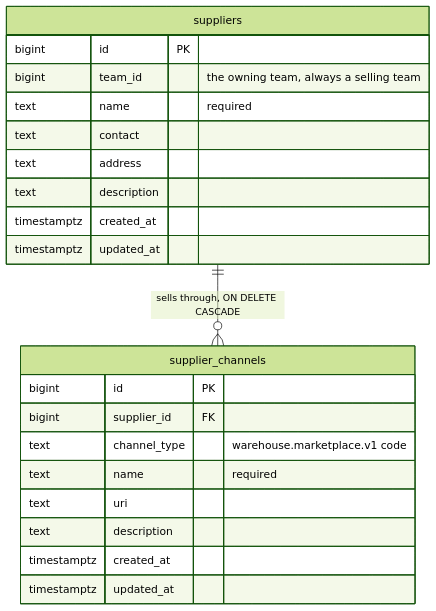
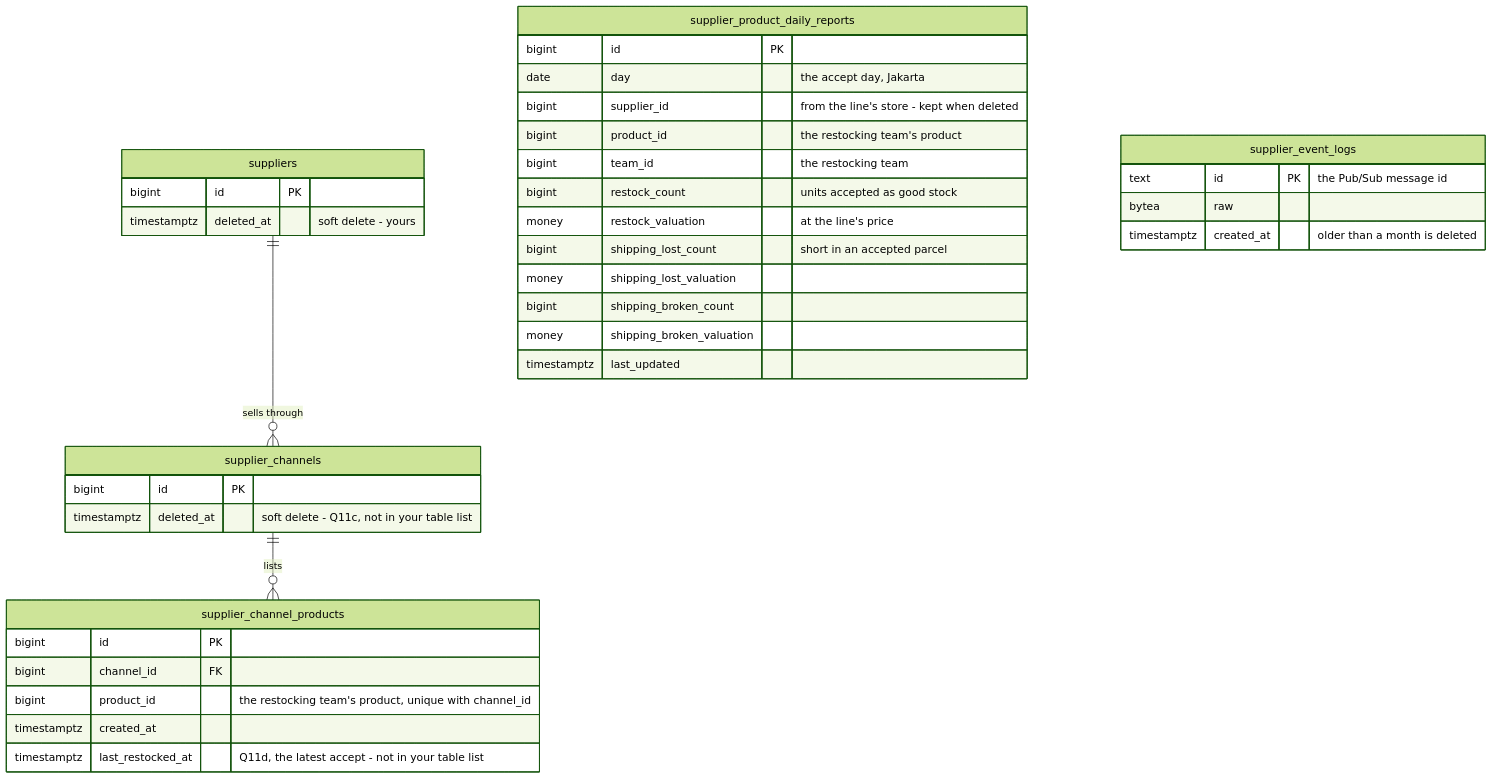
Before and after one commit to pdcgo/warehouse_revamp: the second of 9 diagrams in docs/business/supplier/context_clarify.md, drawn with Mermaid (forest theme). The commit also changed other lines of this file and 213 other files, not shown here.

````diff
--- a/docs/business/supplier/context_clarify.md
+++ b/docs/business/supplier/context_clarify.md
@@ -39,24 +126,39 @@
 ```mermaid
 erDiagram
-  suppliers ||--o{ supplier_channels : "sells through, ON DELETE CASCADE"
+  suppliers ||--o{ supplier_channels : "sells through"
+  supplier_channels ||--o{ supplier_channel_products : "lists"
   suppliers {
     bigint id PK
-    bigint team_id "the owning team, always a selling team"
-    text name "required"
-    text contact
-    text address
-    text description
-    timestamptz created_at
-    timestamptz updated_at
+    timestamptz deleted_at "soft delete - yours"
   }
   supplier_channels {
     bigint id PK
-    bigint supplier_id FK
-    text channel_type "warehouse.marketplace.v1 code"
-    text name "required"
-    text uri
-    text description
+    timestamptz deleted_at "soft delete - Q11c, not in your table list"
+  }
+  supplier_channel_products {
+    bigint id PK
+    bigint channel_id FK
+    bigint product_id "the restocking team's product, unique with channel_id"
     timestamptz created_at
-    timestamptz updated_at
+    timestamptz last_restocked_at "Q11d, the latest accept - not in your table list"
+  }
+  supplier_product_daily_reports {
+    bigint id PK
+    date day "the accept day, Jakarta"
+    bigint supplier_id "from the line's store - kept when deleted"
+    bigint product_id "the restocking team's product"
+    bigint team_id "the restocking team"
+    bigint restock_count "units accepted as good stock"
+    money restock_valuation "at the line's price"
+    bigint shipping_lost_count "short in an accepted parcel"
+    money shipping_lost_valuation
+    bigint shipping_broken_count
+    money shipping_broken_valuation
+    timestamptz last_updated
+  }
+  supplier_event_logs {
+    text id PK "the Pub/Sub message id"
+    bytea raw
+    timestamptz created_at "older than a month is deleted"
   }
 ```
````
